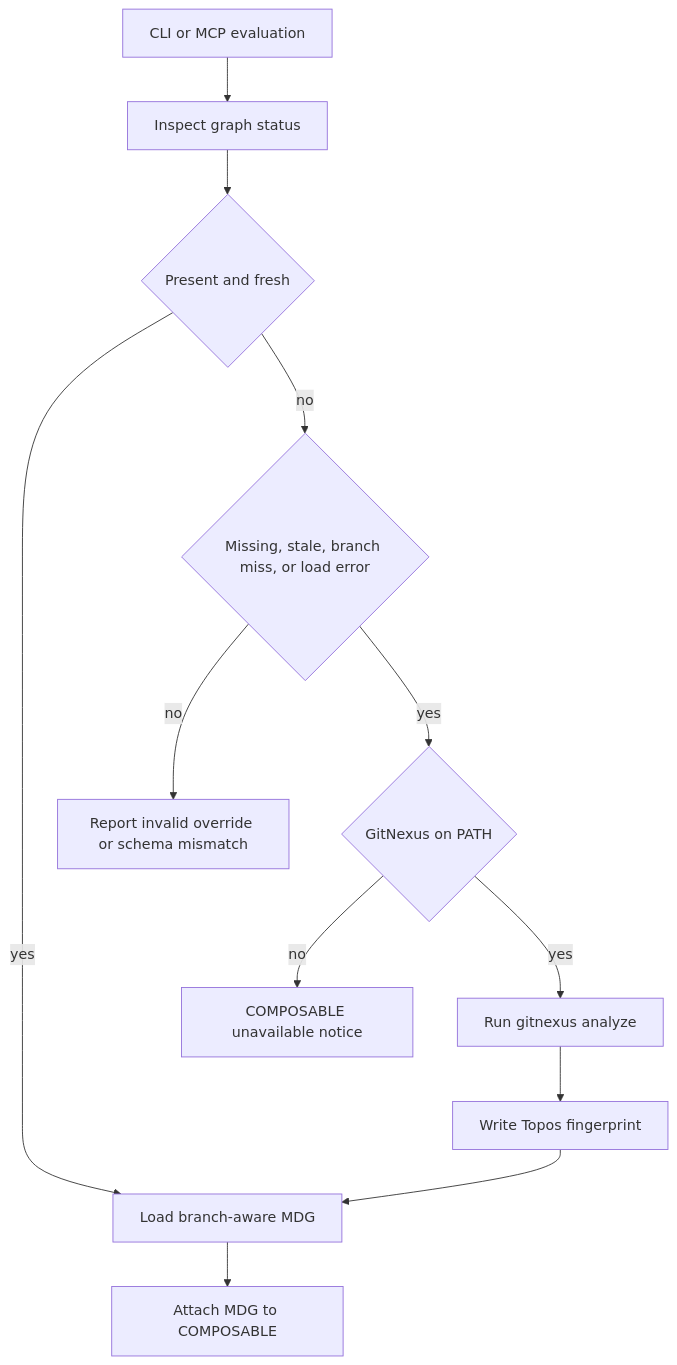
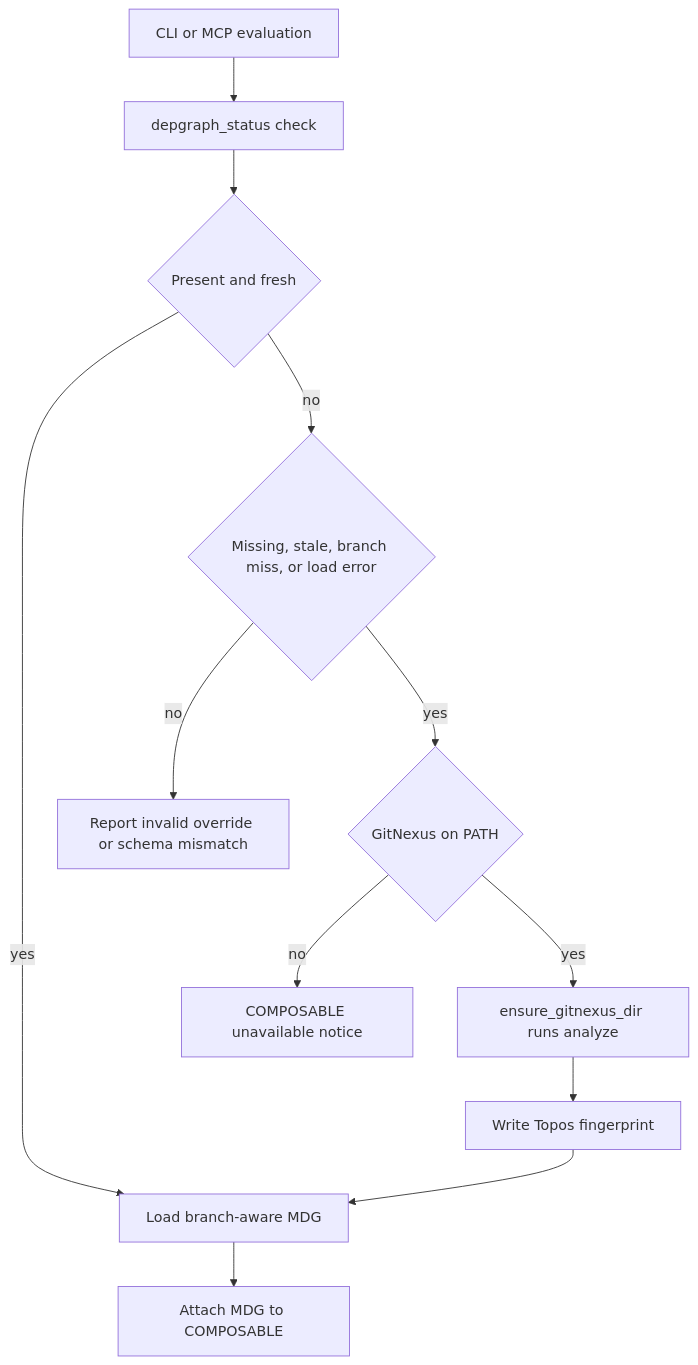
The first of 3 diagrams in openwiki/integrations/distribution.md (Krv-Labs/topos), drawn with Mermaid before and after one commit. The commit also changed other lines of this file and 6 other files, not shown here.

````diff
--- a/openwiki/integrations/distribution.md
+++ b/openwiki/integrations/distribution.md
@@ -93,14 +97,14 @@
 ```mermaid
 flowchart TD
-    Eval["CLI or MCP evaluation"] --> Status["Inspect graph status"]
+    Eval["CLI or MCP evaluation"] --> Status["depgraph_status check"]
     Status --> Good{"Present and fresh"}
     Good -->|yes| Load["Load branch-aware MDG"]
     Good -->|no| Recover{"Missing, stale, branch miss, or load error"}
     Recover -->|yes| Tool{"GitNexus on PATH"}
-    Tool -->|yes| Generate["Run gitnexus analyze"]
+    Tool -->|yes| Generate["ensure_gitnexus_dir runs analyze"]
     Generate --> Fingerprint["Write Topos fingerprint"]
     Fingerprint --> Load
     Tool -->|no| Notice["COMPOSABLE unavailable notice"]
     Recover -->|no| Terminal["Report invalid override or schema mismatch"]
     Load --> Score["Attach MDG to COMPOSABLE"]
 ```
````
